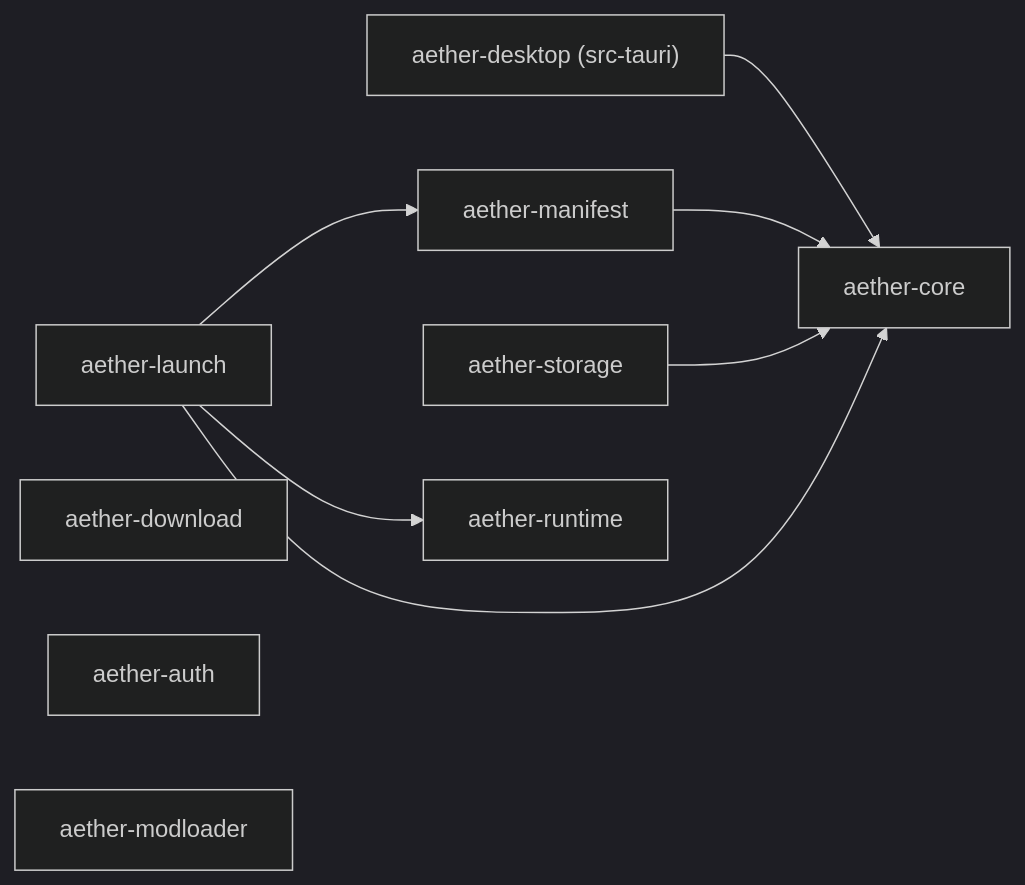
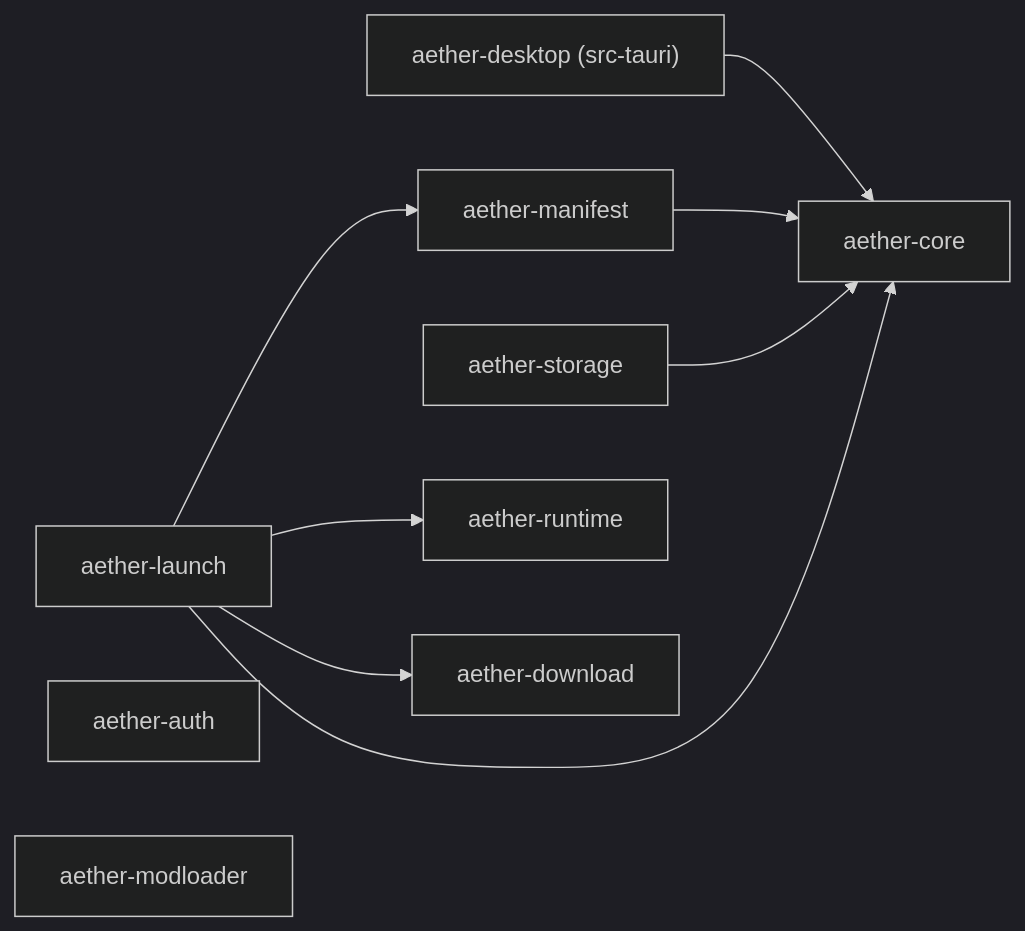
One commit to Aether-254/Aether-Launcher changed the diagram in docs/architecture.md. Above: the diagram before and after it, drawn with Mermaid (dark theme). The commit also changed other lines of this file, not shown here.

Commit message:
docs: describe modern launch planning and native limitations

````diff
--- a/docs/architecture.md
+++ b/docs/architecture.md
@@ -11,12 +11,13 @@
 ```mermaid
 graph LR
   desktop["aether-desktop (src-tauri)"] --> core[aether-core]
   manifest[aether-manifest] --> core
   storage[aether-storage] --> core
   launch[aether-launch] --> core
   launch --> runtime[aether-runtime]
   launch --> manifest
+  launch --> download
   download[aether-download]
   auth[aether-auth]
   modloader[aether-modloader]
 ```
````
